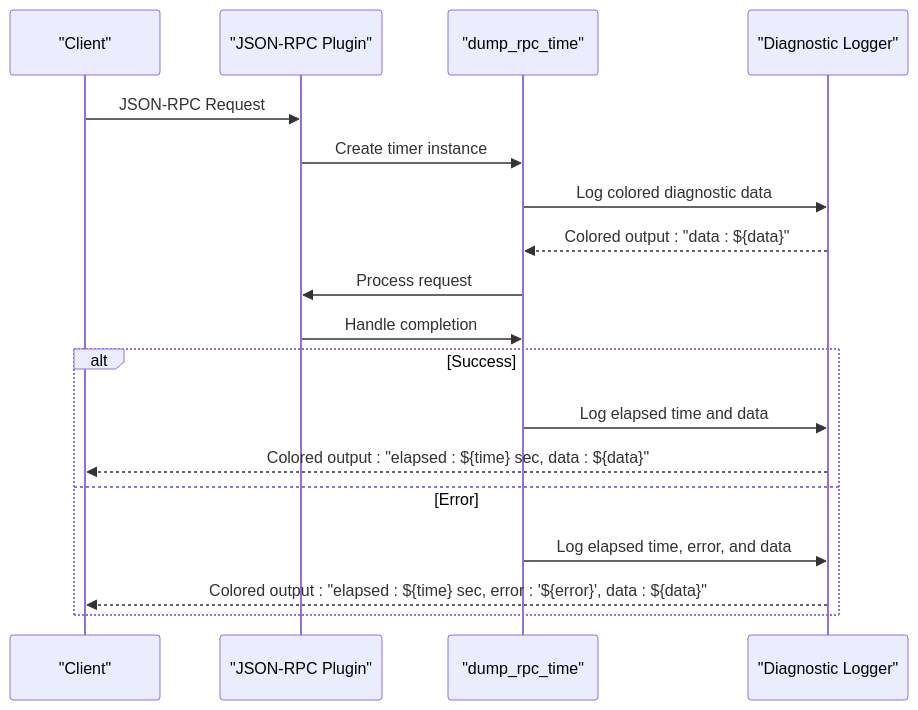
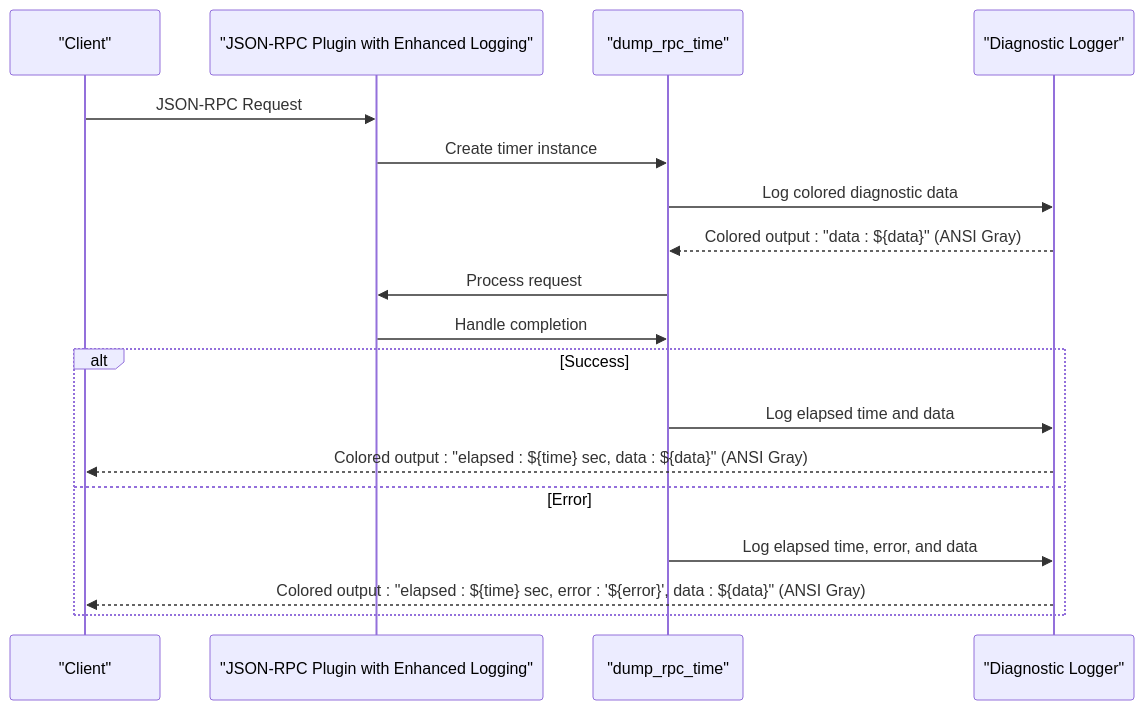
One commit to VIZ-Blockchain/viz-cpp-node changed diagram 13 of 13 in .qoder/repowiki/en/content/Webserver Plugin.md. Above: the diagram before and after it, drawn with Mermaid. The commit also changed other lines of this file and 9 other files, not shown here.

````diff
--- a/.qoder/repowiki/en/content/Webserver Plugin.md
+++ b/.qoder/repowiki/en/content/Webserver Plugin.md
@@ -734,20 +753,20 @@
 ```mermaid
 sequenceDiagram
 participant Client as "Client"
-participant JSONRPC as "JSON-RPC Plugin"
+participant JSONRPC as "JSON-RPC Plugin with Enhanced Logging"
 participant Timer as "dump_rpc_time"
 participant Logger as "Diagnostic Logger"
 Client->>JSONRPC : JSON-RPC Request
 JSONRPC->>Timer : Create timer instance
 Timer->>Logger : Log colored diagnostic data
-Logger-->>Timer : Colored output : "data : ${data}"
+Logger-->>Timer : Colored output : "data : ${data}" (ANSI Gray)
 Timer->>JSONRPC : Process request
 JSONRPC->>Timer : Handle completion
 alt Success
 Timer->>Logger : Log elapsed time and data
-Logger-->>Client : Colored output : "elapsed : ${time} sec, data : ${data}"
+Logger-->>Client : Colored output : "elapsed : ${time} sec, data : ${data}" (ANSI Gray)
 else Error
 Timer->>Logger : Log elapsed time, error, and data
-Logger-->>Client : Colored output : "elapsed : ${time} sec, error : '${error}', data : ${data}"
+Logger-->>Client : Colored output : "elapsed : ${time} sec, error : '${error}', data : ${data}" (ANSI Gray)
 end
 ```
````
